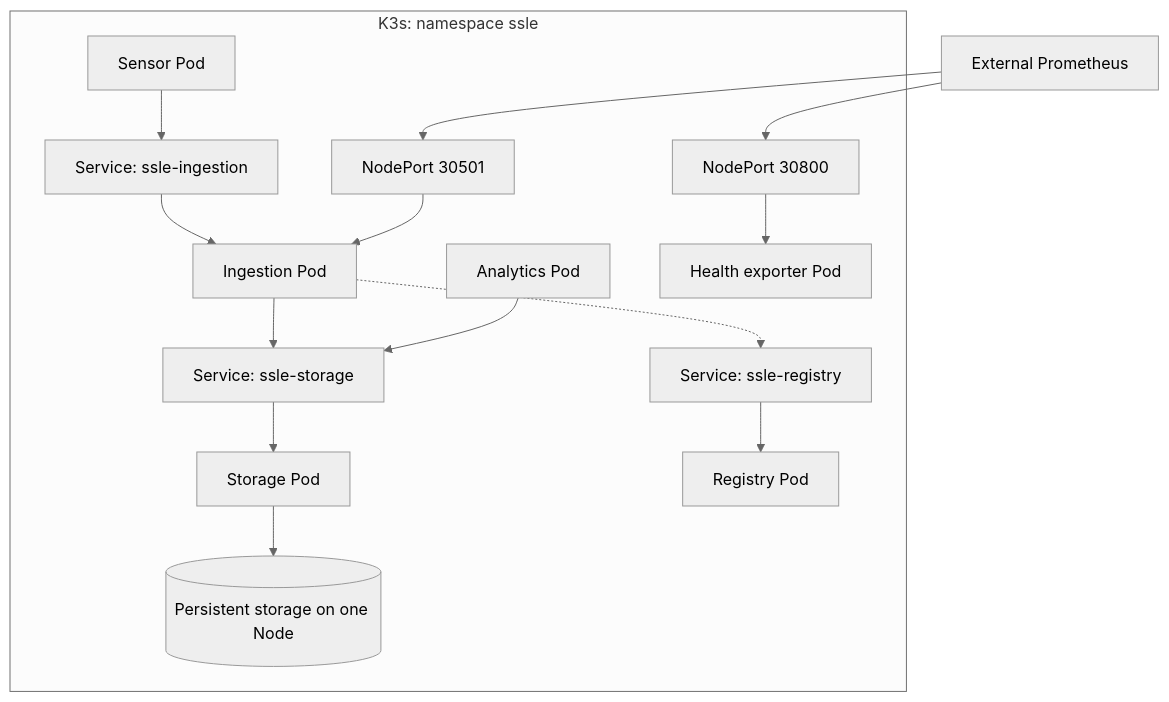
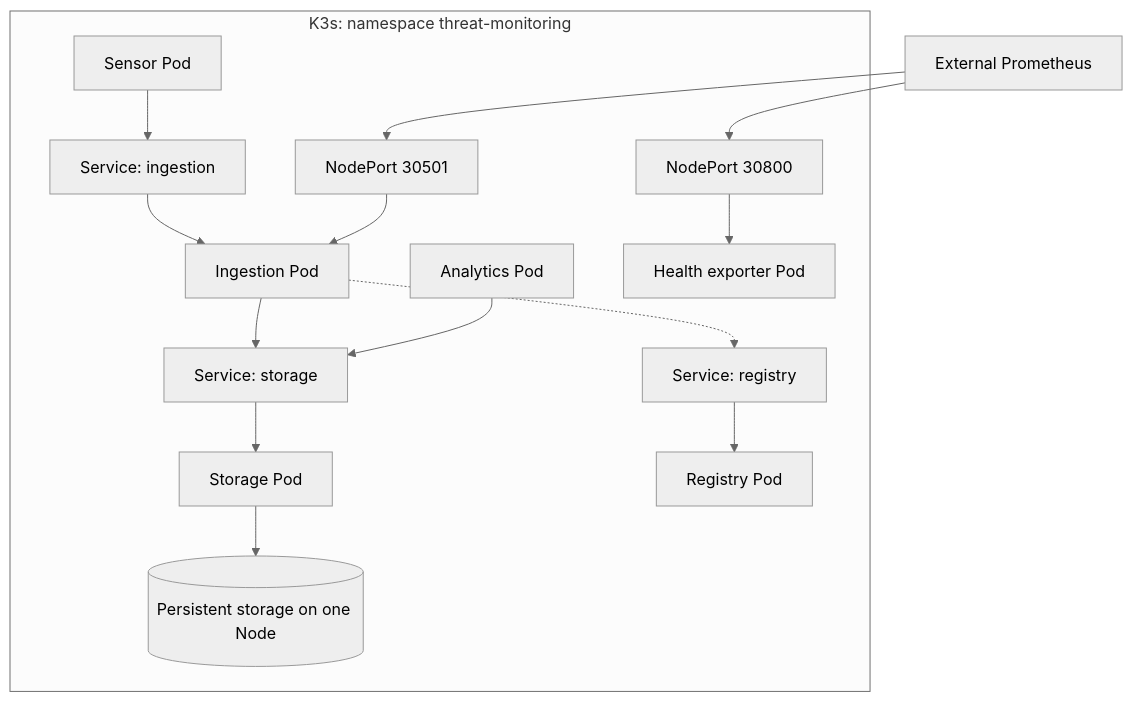
One commit to tfdmendes/ssle-threat-monitoring changed the third of 5 diagrams in README.md. Above: the diagram before and after it, drawn with Mermaid (neutral theme). The commit also changed other lines of this file and 19 other files, not shown here.

````diff
--- a/README.md
+++ b/README.md
@@ -121,17 +121,17 @@
 ```mermaid
 flowchart TB
-    subgraph Cluster["K3s: namespace ssle"]
-        Sensor["Sensor Pod"] --> IngestionService["Service: ssle-ingestion"]
+    subgraph Cluster["K3s: namespace threat-monitoring"]
+        Sensor["Sensor Pod"] --> IngestionService["Service: ingestion"]
         IngestionService --> Ingestion["Ingestion Pod"]
-        Ingestion --> StorageService["Service: ssle-storage"]
+        Ingestion --> StorageService["Service: storage"]
         Analytics["Analytics Pod"] --> StorageService
         StorageService --> Storage["Storage Pod"]
-        Ingestion -.-> RegistryService["Service: ssle-registry"]
+        Ingestion -.-> RegistryService["Service: registry"]
         RegistryService --> Registry["Registry Pod"]
         Storage --> Volume[("Persistent storage on one Node")]
         Metrics["NodePort 30501"] --> Ingestion
         HealthPort["NodePort 30800"] --> Exporter["Health exporter Pod"]
     end
     Prometheus["External Prometheus"] --> Metrics
     Prometheus --> HealthPort
 ```
````
